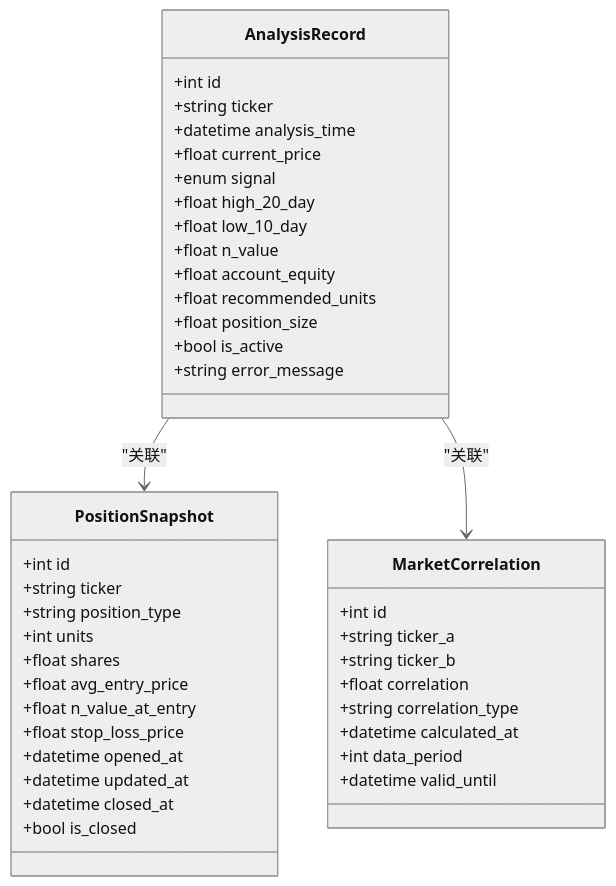
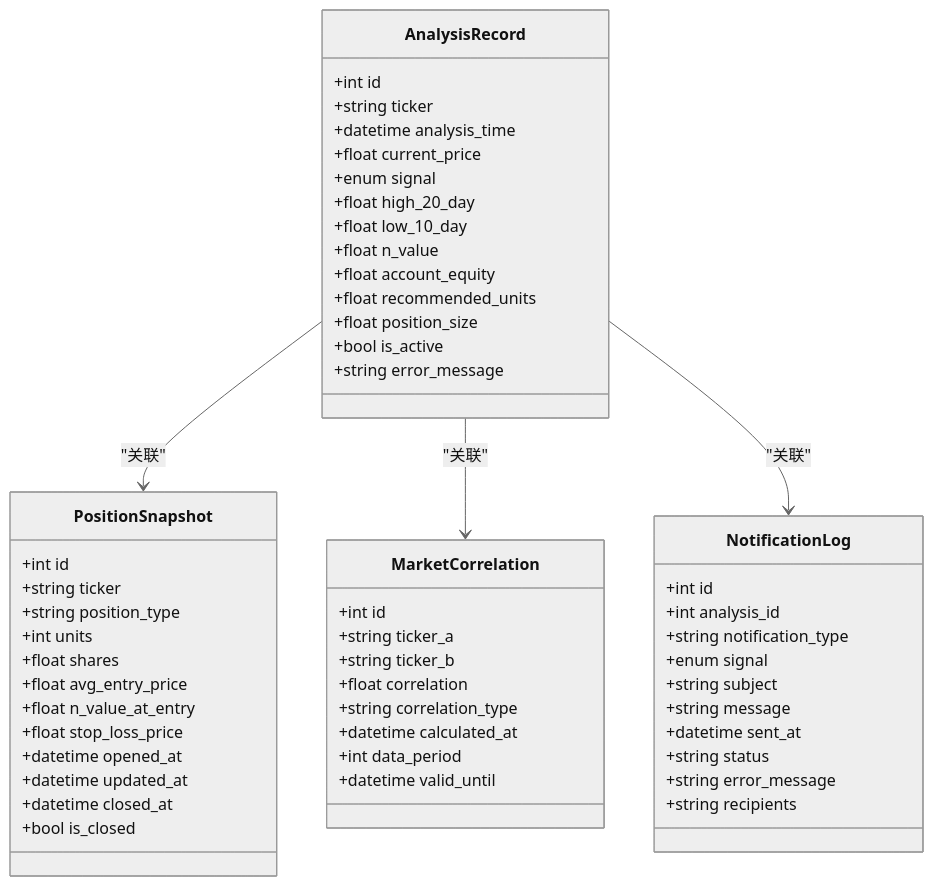
One commit to raymodny-ai/The-Modern-Turtle-Protocol changed the seventh of 9 diagrams in .qoder/repowiki/zh/content/核心功能模块/数据获取模块.md. Above: the diagram before and after it, drawn with Mermaid (neutral theme). The commit also changed other lines of this file and 15 other files, not shown here.

````diff
--- a/.qoder/repowiki/zh/content/核心功能模块/数据获取模块.md
+++ b/.qoder/repowiki/zh/content/核心功能模块/数据获取模块.md
@@ -290,44 +305,57 @@
 ```mermaid
 classDiagram
 class AnalysisRecord {
 +int id
 +string ticker
 +datetime analysis_time
 +float current_price
 +enum signal
 +float high_20_day
 +float low_10_day
 +float n_value
 +float account_equity
 +float recommended_units
 +float position_size
 +bool is_active
 +string error_message
 }
 class PositionSnapshot {
 +int id
 +string ticker
 +string position_type
 +int units
 +float shares
 +float avg_entry_price
 +float n_value_at_entry
 +float stop_loss_price
 +datetime opened_at
 +datetime updated_at
 +datetime closed_at
 +bool is_closed
 }
 class MarketCorrelation {
 +int id
 +string ticker_a
 +string ticker_b
 +float correlation
 +string correlation_type
 +datetime calculated_at
 +int data_period
 +datetime valid_until
 }
+class NotificationLog {
++int id
++int analysis_id
++string notification_type
++enum signal
++string subject
++string message
++datetime sent_at
++string status
++string error_message
++string recipients
+}
 AnalysisRecord --> PositionSnapshot : "关联"
 AnalysisRecord --> MarketCorrelation : "关联"
+AnalysisRecord --> NotificationLog : "关联"
 ```
````
